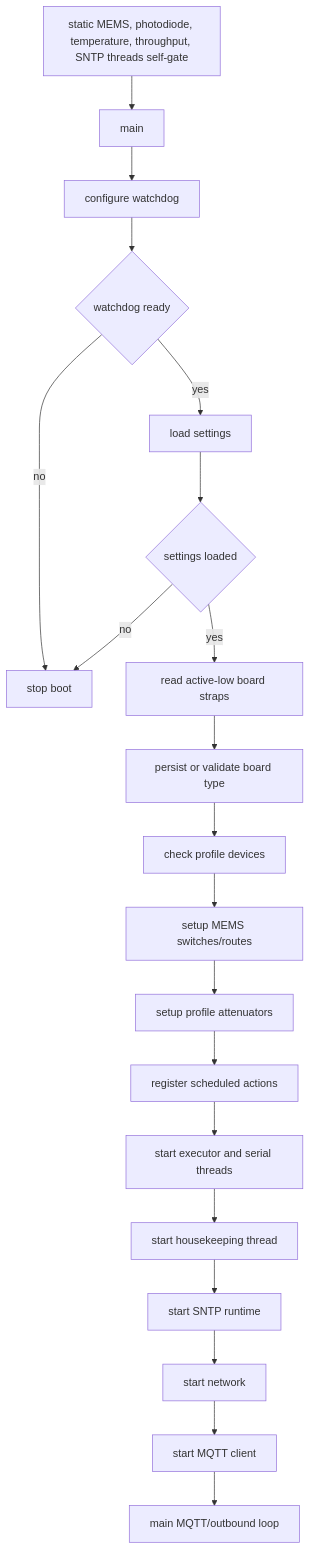
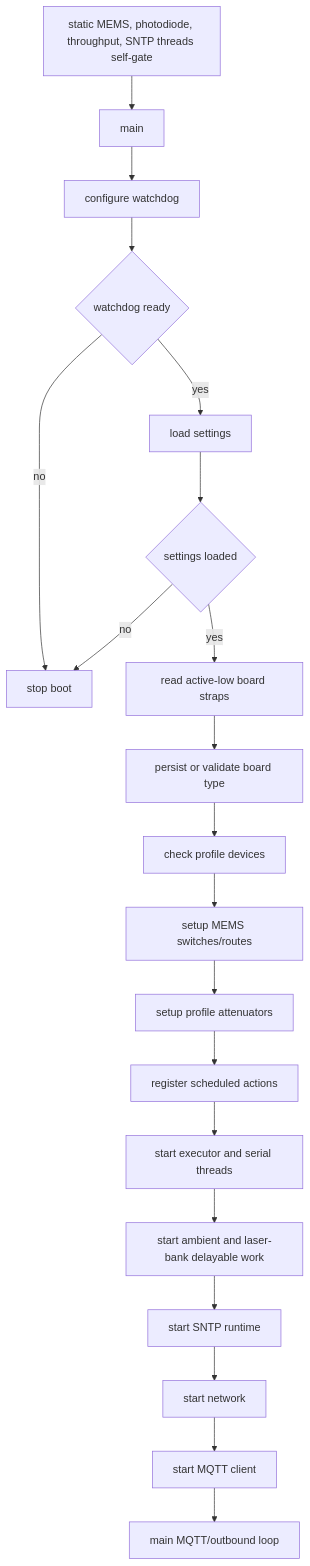
Before and after one commit to COO-Utilities/hispec-tib: the second of 22 diagrams in doc/diagrams.md, drawn with Mermaid. The commit also changed other lines of this file and 9 other files, not shown here.

Commit message:
Use delayable work for housekeeping cadence

````diff
--- a/doc/diagrams.md
+++ b/doc/diagrams.md
@@ -39,22 +39,22 @@
 ```mermaid
 flowchart TD
-  Static[static MEMS, photodiode, temperature, throughput, SNTP threads self-gate] --> Start[main]
+  Static[static MEMS, photodiode, throughput, SNTP threads self-gate] --> Start[main]
   Start --> Watchdog[configure watchdog]
   Watchdog --> WdogOK{watchdog ready}
   WdogOK -- no --> Stop[stop boot]
   WdogOK -- yes --> Load[load settings]
   Load --> SettingsOK{settings loaded}
   SettingsOK -- no --> Stop
   SettingsOK -- yes --> Straps[read active-low board straps]
   Straps --> PersistBoard[persist or validate board type]
   PersistBoard --> DevicesReady[check profile devices]
   DevicesReady --> Router[setup MEMS switches/routes]
   Router --> Attens[setup profile attenuators]
   Attens --> Runtime[register scheduled actions]
   Runtime --> Threads[start executor and serial threads]
-  Threads --> Housekeeping[start housekeeping thread]
-  Housekeeping --> SNTP[start SNTP runtime]
+  Threads --> Work[start ambient and laser-bank delayable work]
+  Work --> SNTP[start SNTP runtime]
   SNTP --> Network[start network]
   Network --> MQTTInit[start MQTT client]
   MQTTInit --> Loop[main MQTT/outbound loop]
 ```
````
